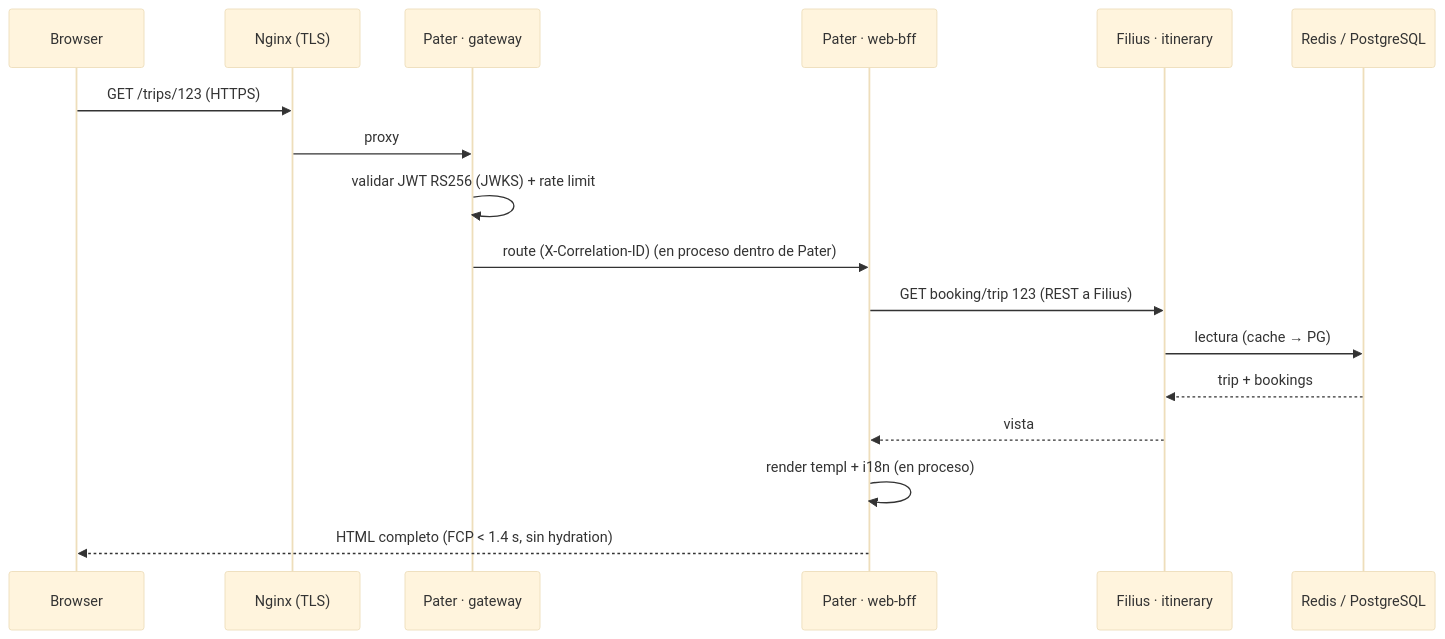
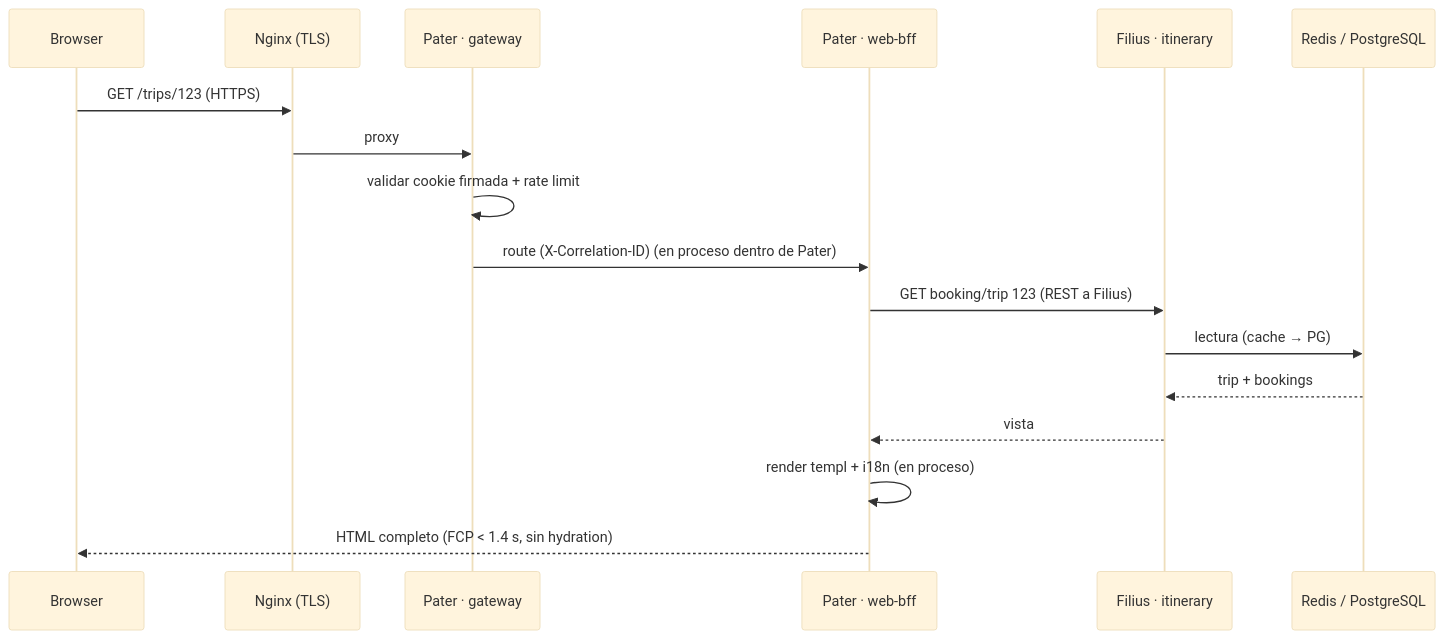
The third of 7 diagrams in trinity/architecture/vista_cyc.md (az-juan/trotamundos), drawn with Mermaid (base theme) before and after one commit. The commit also changed other lines of this file and 98 other files, not shown here.

````diff
--- a/trinity/architecture/vista_cyc.md
+++ b/trinity/architecture/vista_cyc.md
@@ -83,19 +86,19 @@
 ```mermaid
 sequenceDiagram
     participant U as Browser
     participant NG as Nginx (TLS)
     participant G as Pater · gateway
     participant WB as Pater · web-bff
     participant IT as Filius · itinerary
     participant R as Redis / PostgreSQL
     U->>NG: GET /trips/123 (HTTPS)
     NG->>G: proxy
-    G->>G: validar JWT RS256 (JWKS) + rate limit
+    G->>G: validar cookie firmada + rate limit
     G->>WB: route (X-Correlation-ID) (en proceso dentro de Pater)
     WB->>IT: GET booking/trip 123 (REST a Filius)
     IT->>R: lectura (cache → PG)
     R-->>IT: trip + bookings
     IT-->>WB: vista
     WB->>WB: render templ + i18n (en proceso)
     WB-->>U: HTML completo (FCP < 1.4 s, sin hydration)
 ```
````
